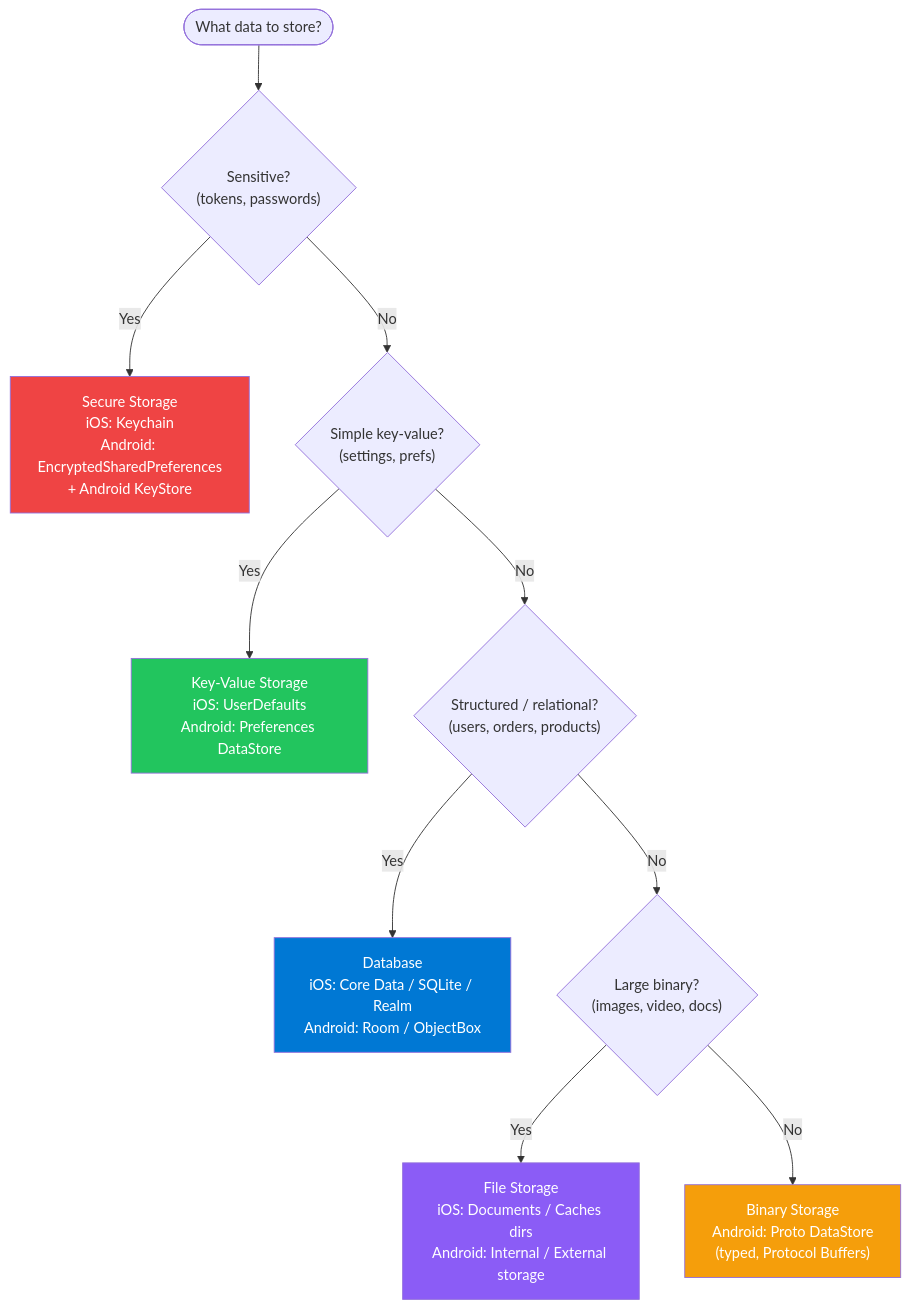
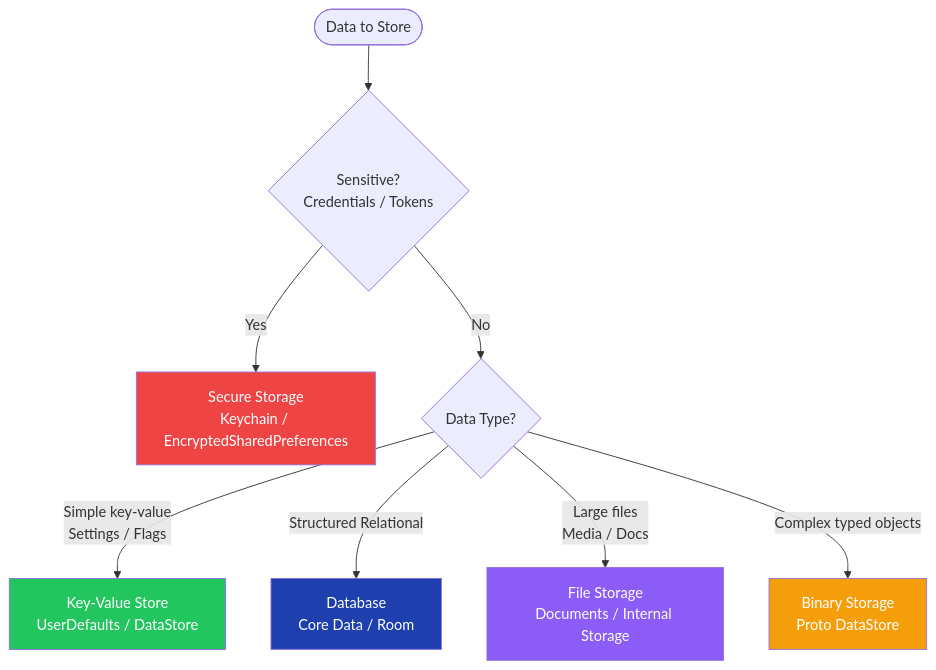
Before and after one commit to rajaghosh/InterviewPrep: the first of 16 diagrams in Architechture-Concepts/Description-Mobile-Complete.md, drawn with Mermaid. The commit also changed other lines of this file and 240 other files, not shown here.

````diff
--- a/Architechture-Concepts/Description-Mobile-Complete.md
+++ b/Architechture-Concepts/Description-Mobile-Complete.md
@@ -268,18 +22,21 @@
 ```mermaid
 flowchart TD
-    Q(["What data to store?"]) --> Q1{"Sensitive?\n(tokens, passwords)"}
-    Q1 -->|"Yes"| SEC["Secure Storage\niOS: Keychain\nAndroid: EncryptedSharedPreferences\n+ Android KeyStore"]
-    Q1 -->|"No"| Q2{"Simple key-value?\n(settings, prefs)"}
-    Q2 -->|"Yes"| KV["Key-Value Storage\niOS: UserDefaults\nAndroid: Preferences DataStore"]
-    Q2 -->|"No"| Q3{"Structured / relational?\n(users, orders, products)"}
-    Q3 -->|"Yes"| DB["Database\niOS: Core Data / SQLite / Realm\nAndroid: Room / ObjectBox"]
-    Q3 -->|"No"| Q4{"Large binary?\n(images, video, docs)"}
-    Q4 -->|"Yes"| FILE["File Storage\niOS: Documents / Caches dirs\nAndroid: Internal / External storage"]
-    Q4 -->|"No"| PROTO["Binary Storage\nAndroid: Proto DataStore\n(typed, Protocol Buffers)"]
+    Start(["Data to Store"]) --> Q1{"Sensitive?<br>Credentials / Tokens"}
+    Q1 -->|Yes| SEC["Secure Storage<br>Keychain / EncryptedSharedPreferences"]
+    Q1 -->|No| Q2{"Data Type?"}
+    Q2 -->|"Simple key-value<br>Settings / Flags"| KV["Key-Value Store<br>UserDefaults / DataStore"]
+    Q2 -->|"Structured Relational"| DB["Database<br>Core Data / Room"]
+    Q2 -->|"Large files<br>Media / Docs"| FS["File Storage<br>Documents / Internal Storage"]
+    Q2 -->|"Complex typed objects"| BIN["Binary Storage<br>Proto DataStore"]
 
-    style SEC fill:#ef4444,color:#fff
-    style KV fill:#22c55e,color:#fff
-    style DB fill:#0078D4,color:#fff
-    style FILE fill:#8b5cf6,color:#fff
-    style PROTO fill:#f59e0b,color:#fff
+    classDef secure fill:#ef4444,color:#fff
+    classDef kv fill:#22c55e,color:#fff
+    classDef db fill:#1e40af,color:#fff
+    classDef fs fill:#8b5cf6,color:#fff
+    classDef bin fill:#f59e0b,color:#fff
+    class SEC secure
+    class KV kv
+    class DB db
+    class FS fs
+    class BIN bin
 ```
````
